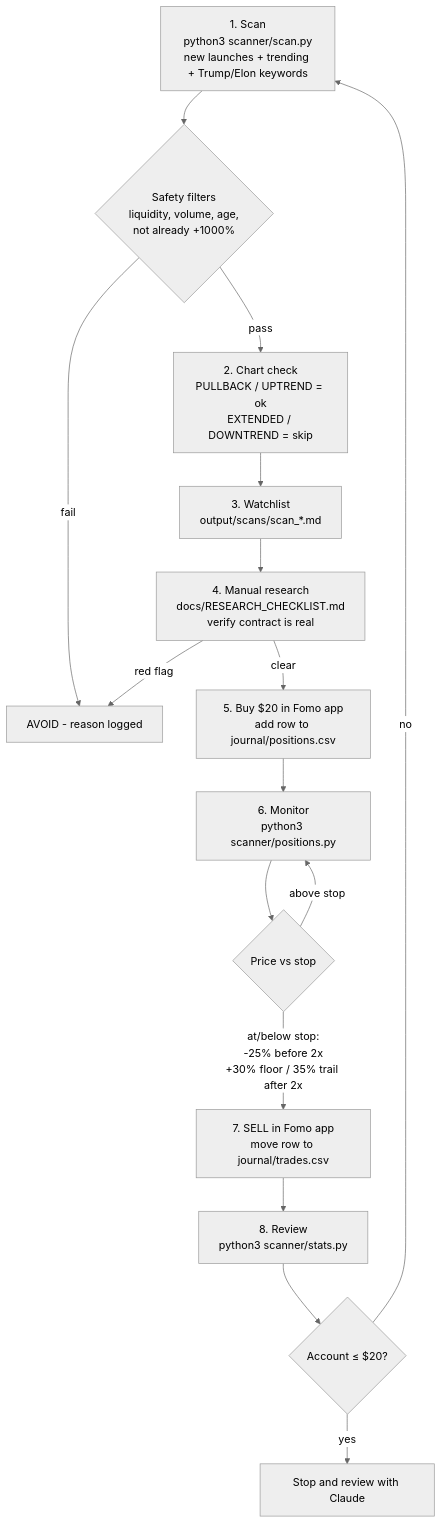
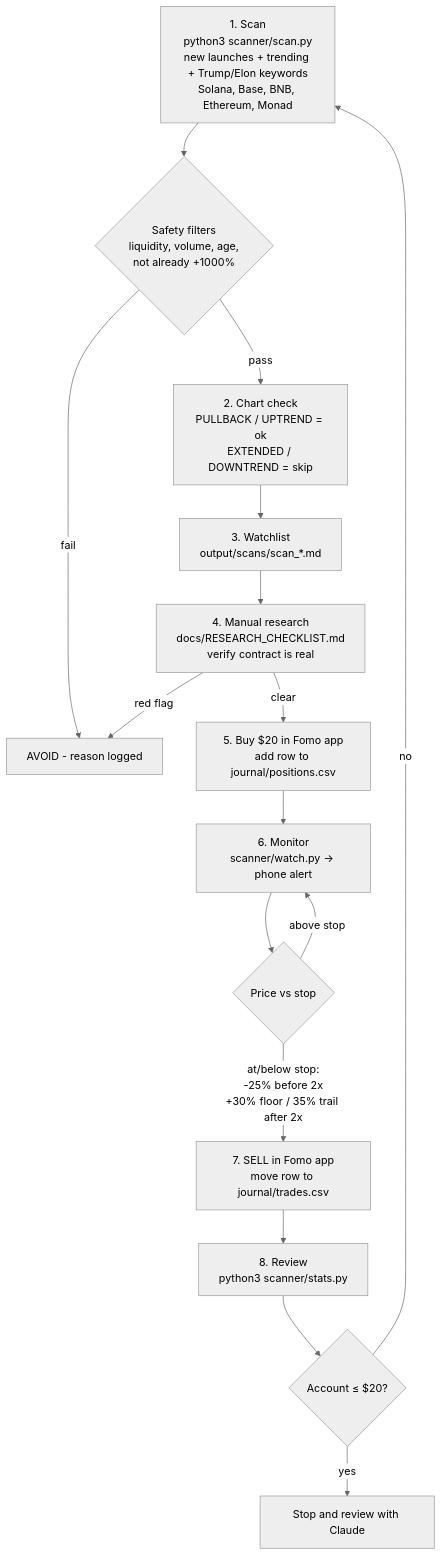
Before and after one commit to andrewagent214/Claude-Fomo-1: the diagram in README.md, drawn with Mermaid (neutral theme). The commit also changed other lines of this file and 9 other files, not shown here.

````diff
--- a/README.md
+++ b/README.md
@@ -16,18 +16,18 @@
 ```mermaid
 flowchart TD
-    A[1. Scan<br/>python3 scanner/scan.py<br/>new launches + trending + Trump/Elon keywords] --> B{Safety filters<br/>liquidity, volume, age,<br/>not already +1000%}
+    A[1. Scan<br/>python3 scanner/scan.py<br/>new launches + trending + Trump/Elon keywords<br/>Solana, Base, BNB, Ethereum, Monad] --> B{Safety filters<br/>liquidity, volume, age,<br/>not already +1000%}
     B -- fail --> X[AVOID - reason logged]
     B -- pass --> C[2. Chart check<br/>PULLBACK / UPTREND = ok<br/>EXTENDED / DOWNTREND = skip]
     C --> D[3. Watchlist<br/>output/scans/scan_*.md]
     D --> E[4. Manual research<br/>docs/RESEARCH_CHECKLIST.md<br/>verify contract is real]
     E -- red flag --> X
     E -- clear --> F[5. Buy $20 in Fomo app<br/>add row to journal/positions.csv]
-    F --> G[6. Monitor<br/>python3 scanner/positions.py]
+    F --> G[6. Monitor<br/>scanner/watch.py → phone alert]
     G --> H{Price vs stop}
     H -- above stop --> G
     H -- "at/below stop:<br/>-25% before 2x<br/>+30% floor / 35% trail after 2x" --> I[7. SELL in Fomo app<br/>move row to journal/trades.csv]
     I --> J[8. Review<br/>python3 scanner/stats.py]
     J --> K{Account ≤ $20?}
     K -- yes --> STOP[Stop and review with Claude]
     K -- no --> A
 ```
````
